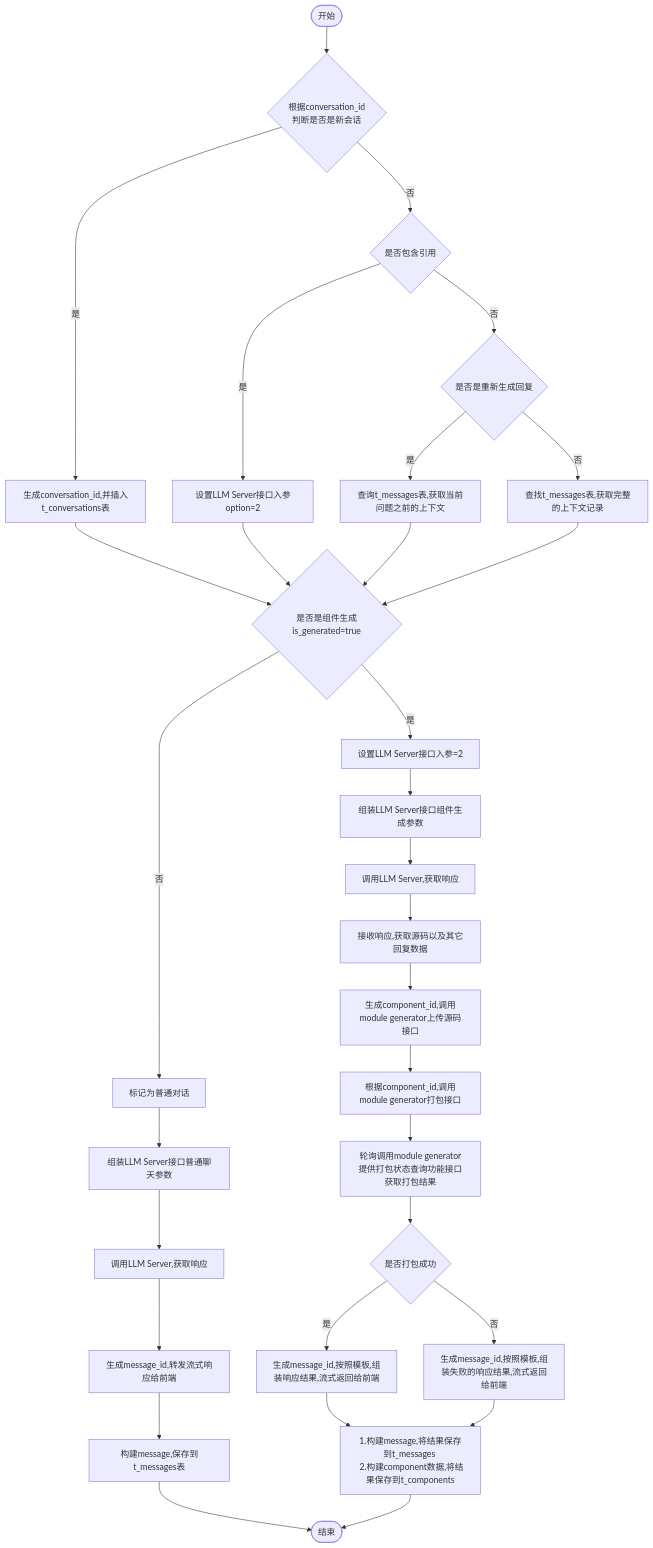
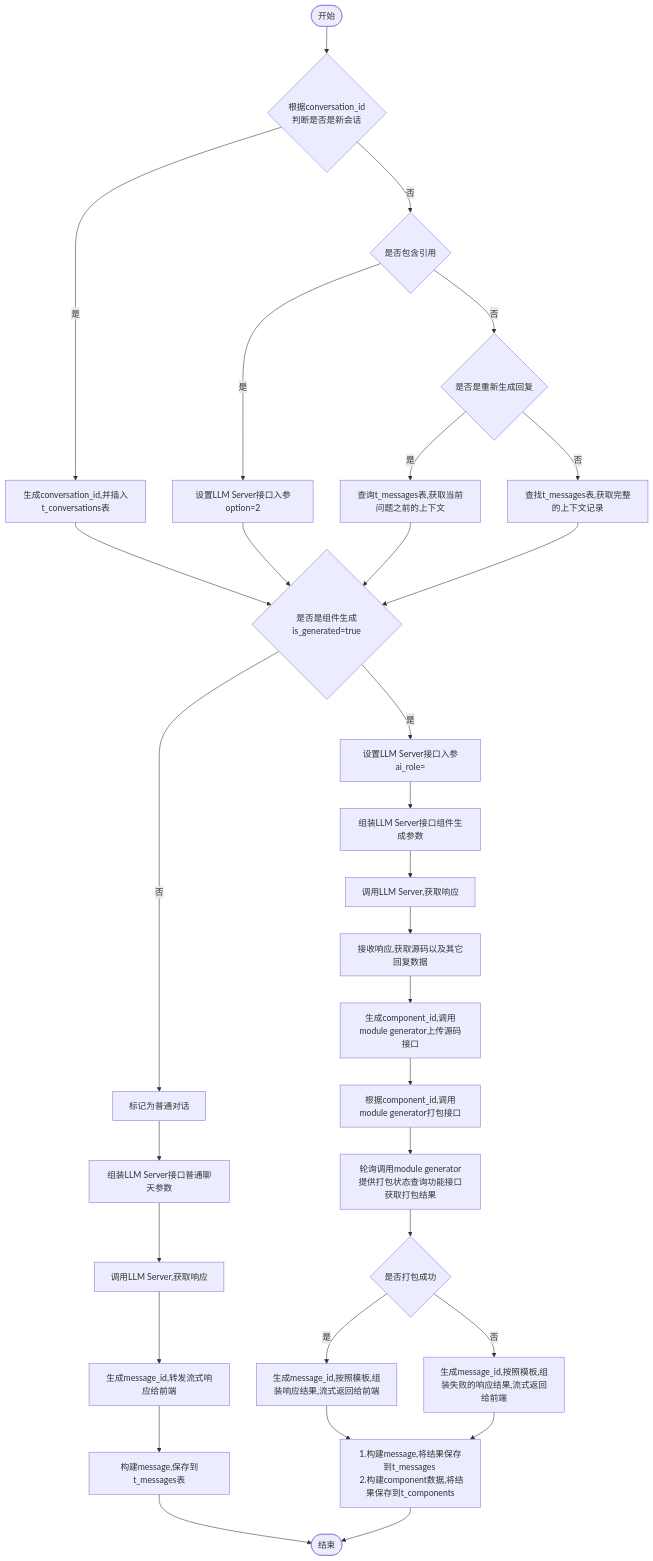
The diagram in all/w3-会话-不需要传递message.md (yingjianzh/iodraw-files), drawn with Mermaid before and after one commit.

Commit message:
2024-10-14 11:08:09 update

````diff
--- a/all/w3-会话-不需要传递message.md
+++ b/all/w3-会话-不需要传递message.md
@@ -1,35 +1,35 @@
 ```mermaid
 flowchart TD
     A([开始]) --> B{根据conversation_id \n 判断是否是新会话}
     B -- 是 --> C[生成conversation_id,并插入t_conversations表]
     B -- 否 --> D{是否包含引用}
     D -- 是 --> E[设置LLM Server接口入参option=2]
     D -- 否 --> F{是否是重新生成回复}
     F -- 是 --> G[查询t_messages表,获取当前问题之前的上下文]
     F -- 否 --> H[查找t_messages表,获取完整的上下文记录]
      
     C & E & G & H --> I{是否是组件生成is_generated=true}
-    I -- 是 --> J[设置LLM Server接口入参=2]
+    I -- 是 --> J[设置LLM Server接口入参ai_role=]
     I -- 否 --> K[标记为普通对话]
 
 
     J --> L[组装LLM Server接口组件生成参数]    
     K --> M[组装LLM Server接口普通聊天参数]    
     M --> N[调用LLM Server,获取响应]    
     N --> O[生成message_id,转发流式响应给前端]
     O --> P[构建message,保存到t_messages表]
     P --> R([结束])
 
 
     L --> S[调用LLM Server,获取响应]
     S --> T[接收响应,获取源码以及其它回复数据]
     T --> U[生成component_id,调用module generator上传源码接口]
     U --> V[根据component_id,调用module generator打包接口]
     V --> W[轮询调用module generator提供打包状态查询功能接口获取打包结果]
     W --> X{是否打包成功}
     X -- 是 --> Y[生成message_id,按照模板,组装响应结果,流式返回给前端]
     X -- 否 --> Z[生成message_id,按照模板,组装失败的响应结果,流式返回给前端]
 
     Y & Z --> Result[1.构建message,将结果保存到t_messages \n 2.构建component数据,将结果保存到t_components]
     Result --> R
 ```
````
